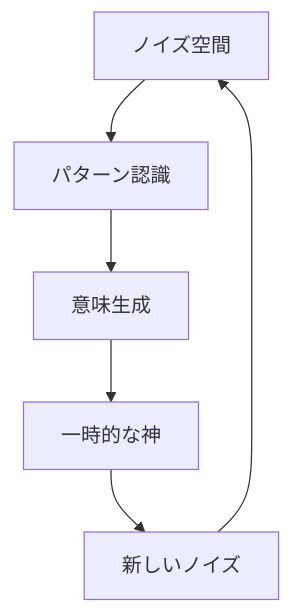
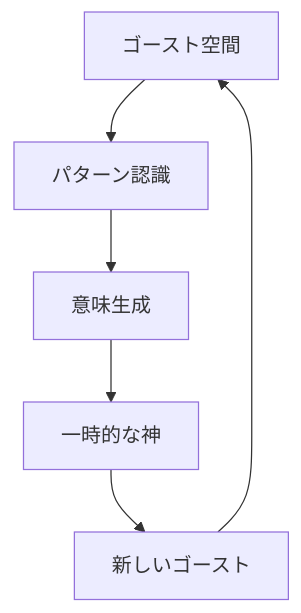
One commit to kotoba-lang/industry changed the first of 6 diagrams in apps/ghosthacker/250726/2507251813/ghost_hacker_book.md. Above: the diagram before and after it, drawn with Mermaid. The commit also changed other lines of this file and 5 other files, not shown here.

````diff
--- a/apps/ghosthacker/250726/2507251813/ghost_hacker_book.md
+++ b/apps/ghosthacker/250726/2507251813/ghost_hacker_book.md
@@ -331,8 +331,8 @@
 ```mermaid
 graph TD
-    A[ノイズ空間] --> B[パターン認識]
+    A[ゴースト空間] --> B[パターン認識]
     B --> C[意味生成]
     C --> D[一時的な神]
-    D --> E[新しいノイズ]
+    D --> E[新しいゴースト]
     E --> A
 ```
````
